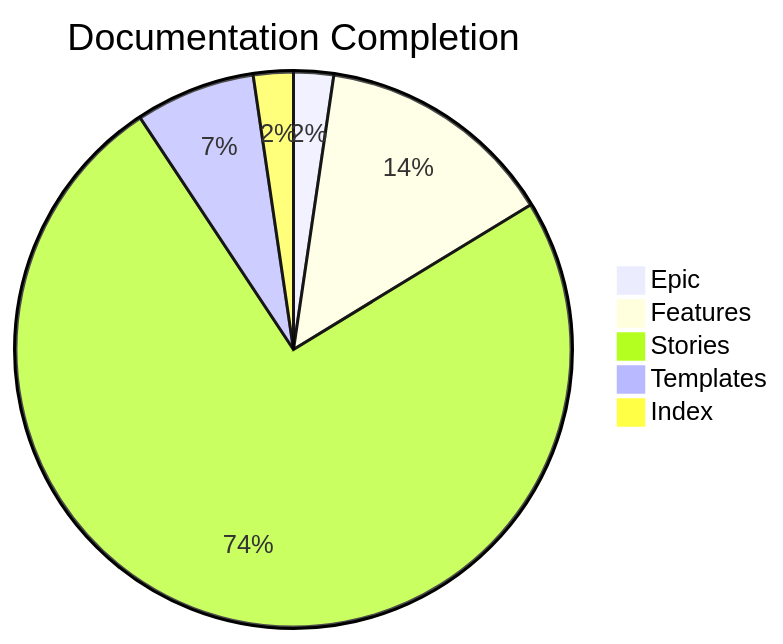
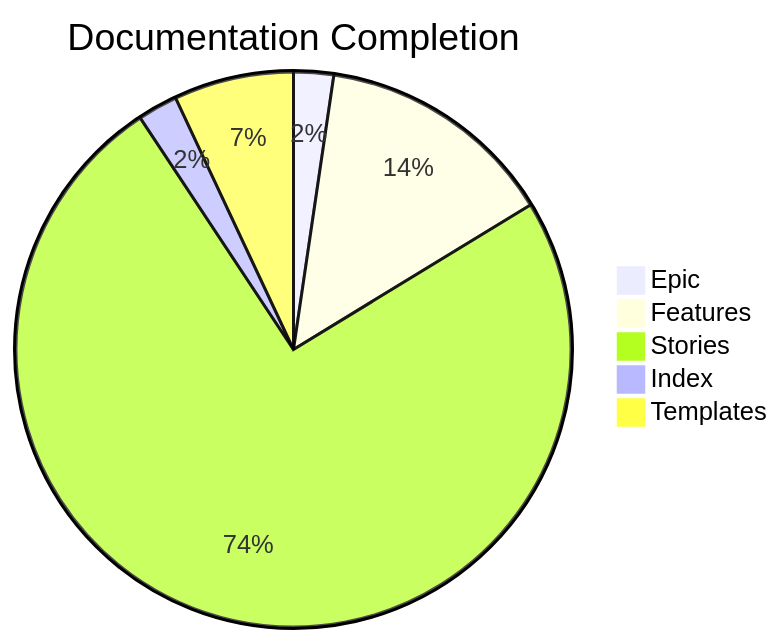
Before and after one commit to blitzy-research/odoo: the second of 2 diagrams in docs/project-guide.md, drawn with Mermaid. The commit also changed other lines of this file and 3 other files, not shown here.

````diff
--- a/docs/project-guide.md
+++ b/docs/project-guide.md
@@ -75,8 +75,11 @@
 ```mermaid
+%% Slice order keeps the two single-file categories apart so their identical 2%
+%% labels cannot collide across the 12 o'clock boundary. Every datum is
+%% unchanged: 1 + 6 + 32 + 1 + 3 = 43 files.
 pie title Documentation Completion
     "Epic" : 1
     "Features" : 6
     "Stories" : 32
+    "Index" : 1
     "Templates" : 3
-    "Index" : 1
 ```
````
